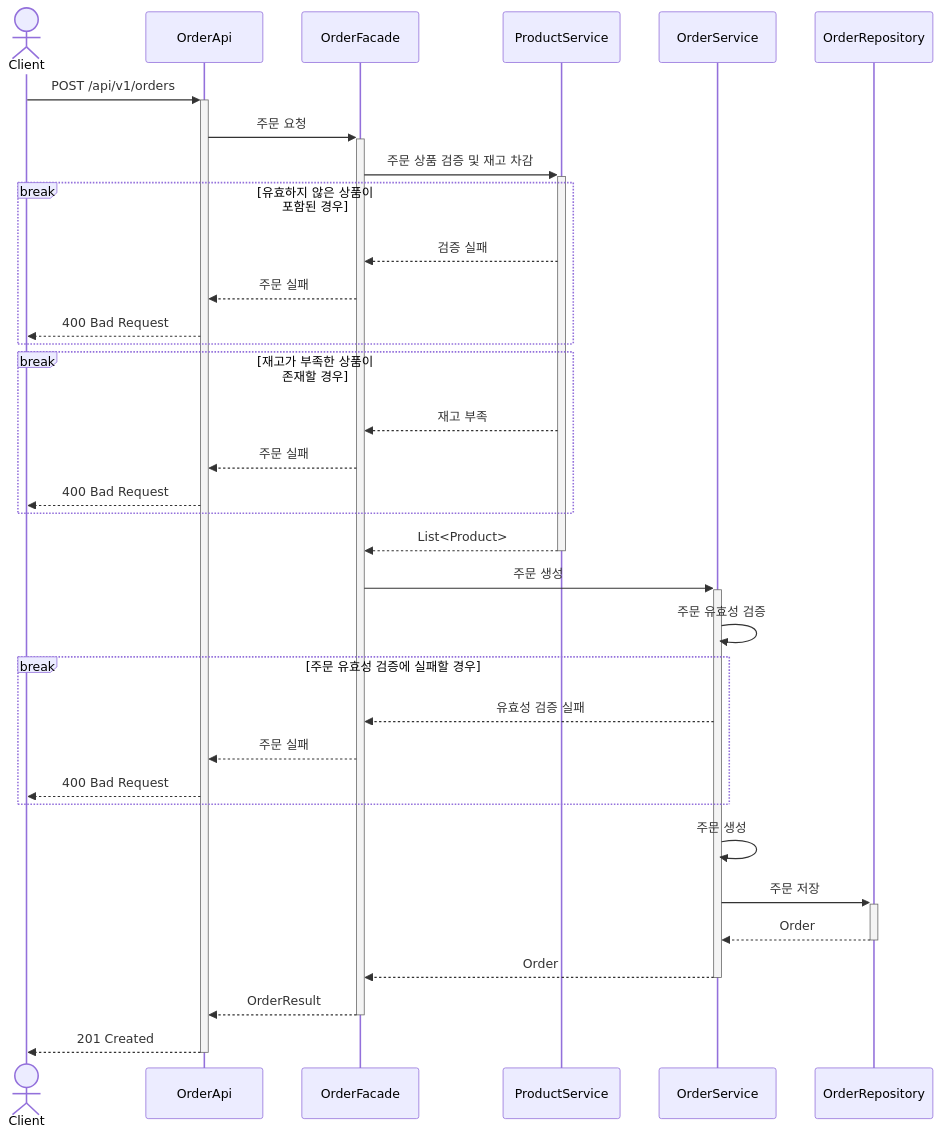
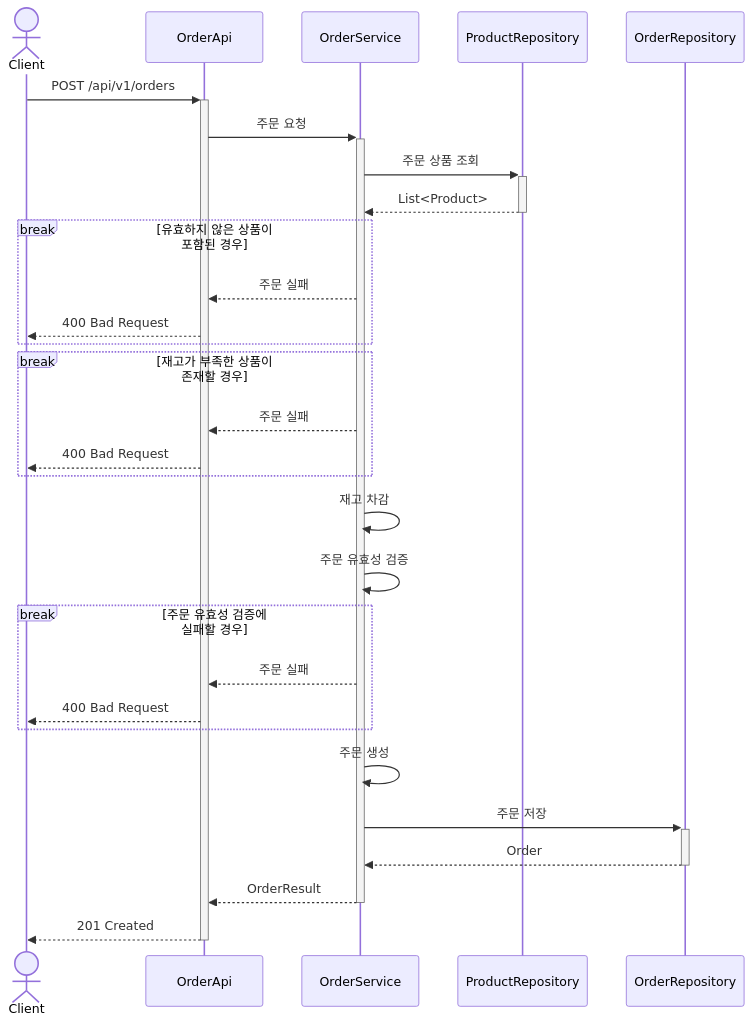
Diagram 21 of 23 in .docs/design/02-sequence-diagrams.md (Loopers-dev-lab/loop-pack-be-l2-vol3-java), drawn with Mermaid before and after one commit. The commit also changed other lines of this file, not shown here.

First line of the commit message:
docs: 시퀀스 다이어그램에서 Facade 제거 및 Service 직접 호출 구조로 수정

````diff
--- a/.docs/design/02-sequence-diagrams.md
+++ b/.docs/design/02-sequence-diagrams.md
@@ -710,44 +665,38 @@
 ```mermaid
 sequenceDiagram
     actor Client
     participant OrderApi
-    participant OrderFacade
-    participant ProductService
     participant OrderService
+    participant ProductRepository
     participant OrderRepository
 
     Client ->>+ OrderApi: POST /api/v1/orders
-    OrderApi ->>+ OrderFacade: 주문 요청
+    OrderApi ->>+ OrderService: 주문 요청
 
-    OrderFacade ->>+ ProductService: 주문 상품 검증 및 재고 차감
+    OrderService ->>+ ProductRepository: 주문 상품 조회
+    ProductRepository -->>- OrderService: List<Product>
 
     break 유효하지 않은 상품이 포함된 경우
-        ProductService -->> OrderFacade: 검증 실패
-        OrderFacade -->> OrderApi: 주문 실패
+        OrderService -->> OrderApi: 주문 실패
         OrderApi -->> Client: 400 Bad Request
     end
 
     break 재고가 부족한 상품이 존재할 경우
-        ProductService -->> OrderFacade: 재고 부족
-        OrderFacade -->> OrderApi: 주문 실패
+        OrderService -->> OrderApi: 주문 실패
         OrderApi -->> Client: 400 Bad Request
     end
 
-    ProductService -->>- OrderFacade: List<Product>
-
-    OrderFacade ->>+ OrderService: 주문 생성
+    OrderService ->> OrderService: 재고 차감
     OrderService ->> OrderService: 주문 유효성 검증
 
     break 주문 유효성 검증에 실패할 경우
-        OrderService -->> OrderFacade: 유효성 검증 실패
-        OrderFacade -->> OrderApi: 주문 실패
+        OrderService -->> OrderApi: 주문 실패
         OrderApi -->> Client: 400 Bad Request
     end
 
     OrderService ->> OrderService: 주문 생성
     OrderService ->>+ OrderRepository: 주문 저장
     OrderRepository -->>- OrderService: Order
-    OrderService -->>- OrderFacade: Order
-    OrderFacade -->>- OrderApi: OrderResult
+    OrderService -->>- OrderApi: OrderResult
     OrderApi -->>- Client: 201 Created
 ```
````
